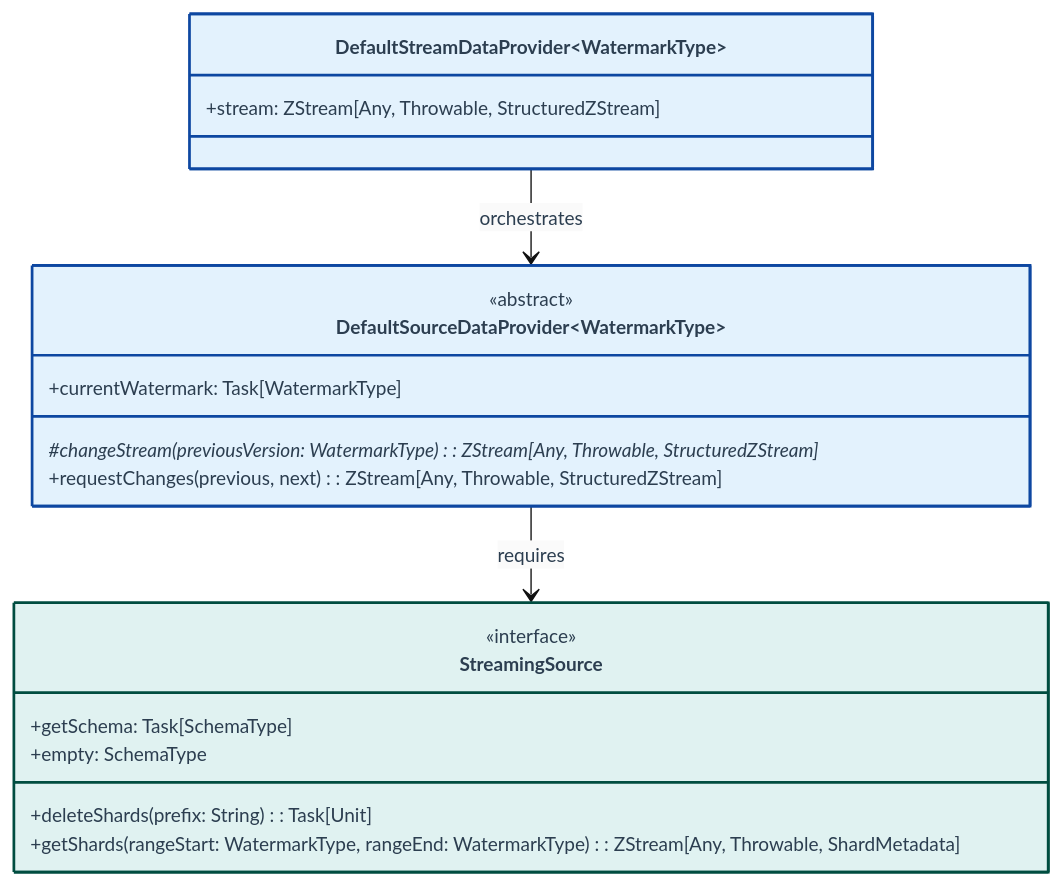
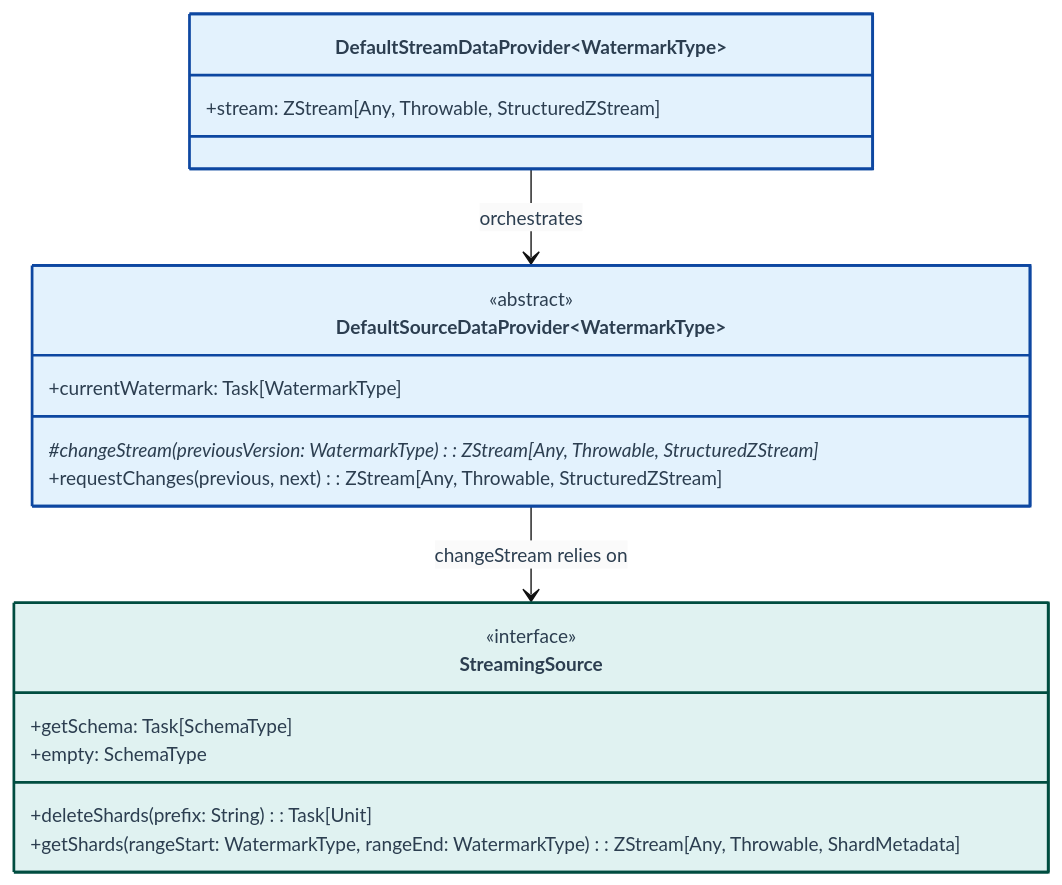
Before and after one commit to SneaksAndData/arcane-framework-scala: the second of 3 diagrams in docs/class_diagram.md, drawn with Mermaid.

````diff
--- a/docs/class_diagram.md
+++ b/docs/class_diagram.md
@@ -65,46 +65,46 @@
 ```mermaid
 %%{init: {
   "theme": "base",
   "themeVariables": {
     "primaryColor": "#fafafa",
     "primaryTextColor": "#2c3e50",
     "primaryBorderColor": "#7f8c8d",
     "lineColor": "#111111",
     "arrowheadColor": "#111111",
     "secondaryColor": "#fdfdfd",
     "tertiaryColor": "#ffffff",
     "fontSize": "14px",
     "fontFamily": "Fira Code, Menlo, Monaco, Consolas, Courier New, monospace"
   },
   "class": {
     "curve": "linear"
   }
 } }%%
 classDiagram
     direction TB
 
     class DefaultStreamDataProvider~WatermarkType~ {
         +stream: ZStream[Any, Throwable, StructuredZStream]
     }
     class DefaultSourceDataProvider~WatermarkType~ {
         <<abstract>>
         #changeStream(previousVersion: WatermarkType): ZStream[Any, Throwable, StructuredZStream]*
         +requestChanges(previous, next): ZStream[Any, Throwable, StructuredZStream]
         +currentWatermark: Task[WatermarkType]
     }
     class StreamingSource {
         <<interface>>
         +getSchema: Task[SchemaType]
         +empty: SchemaType
         +deleteShards(prefix: String): Task[Unit]
         +getShards(rangeStart: WatermarkType, rangeEnd: WatermarkType): ZStream[Any, Throwable, ShardMetadata]
     }
 
     DefaultStreamDataProvider --> DefaultSourceDataProvider : orchestrates
-    DefaultSourceDataProvider --> StreamingSource : requires
+    DefaultSourceDataProvider --> StreamingSource : changeStream relies on
 
     style StreamingSource fill:#e0f2f1,stroke:#004d40,stroke-width:2px
 
     style DefaultStreamDataProvider fill:#e3f2fd,stroke:#0d47a1,stroke-width:2px
     style DefaultSourceDataProvider fill:#e3f2fd,stroke:#0d47a1,stroke-width:2px
 ```
````
